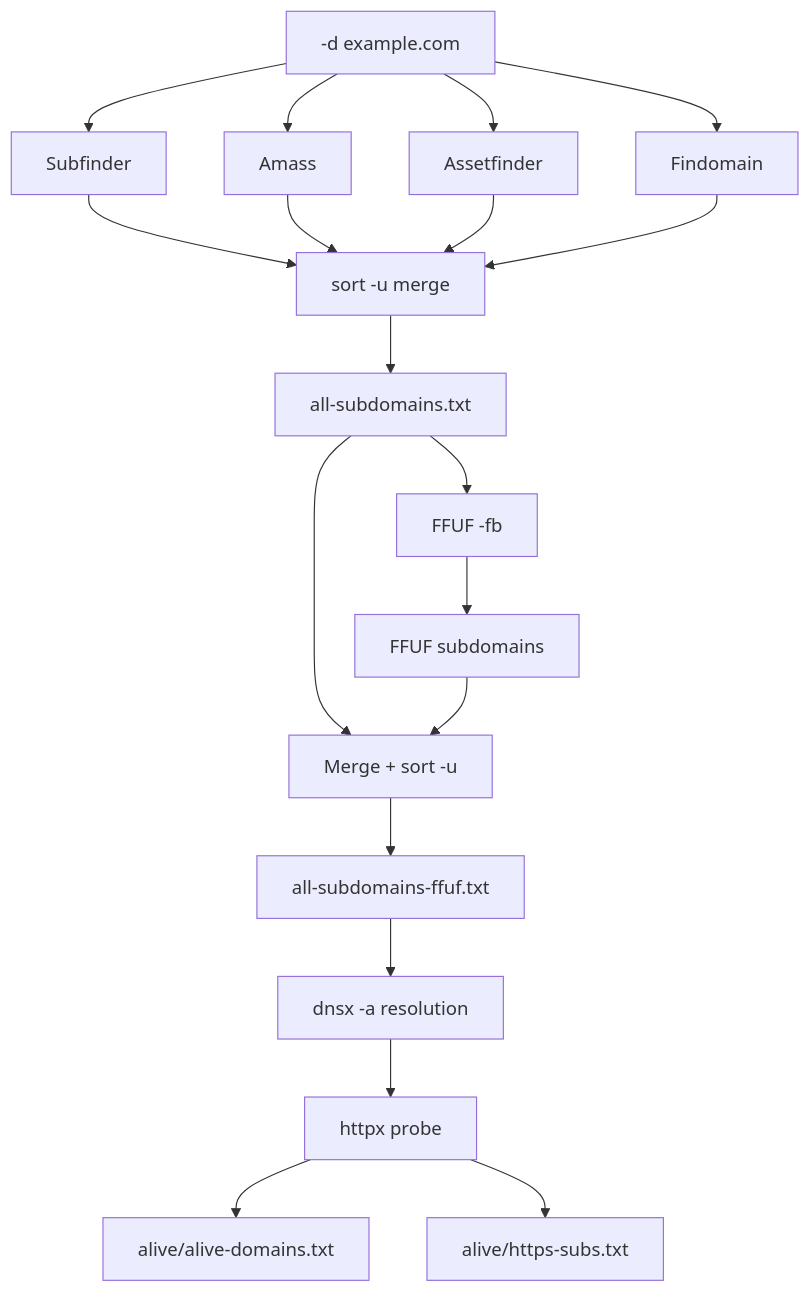
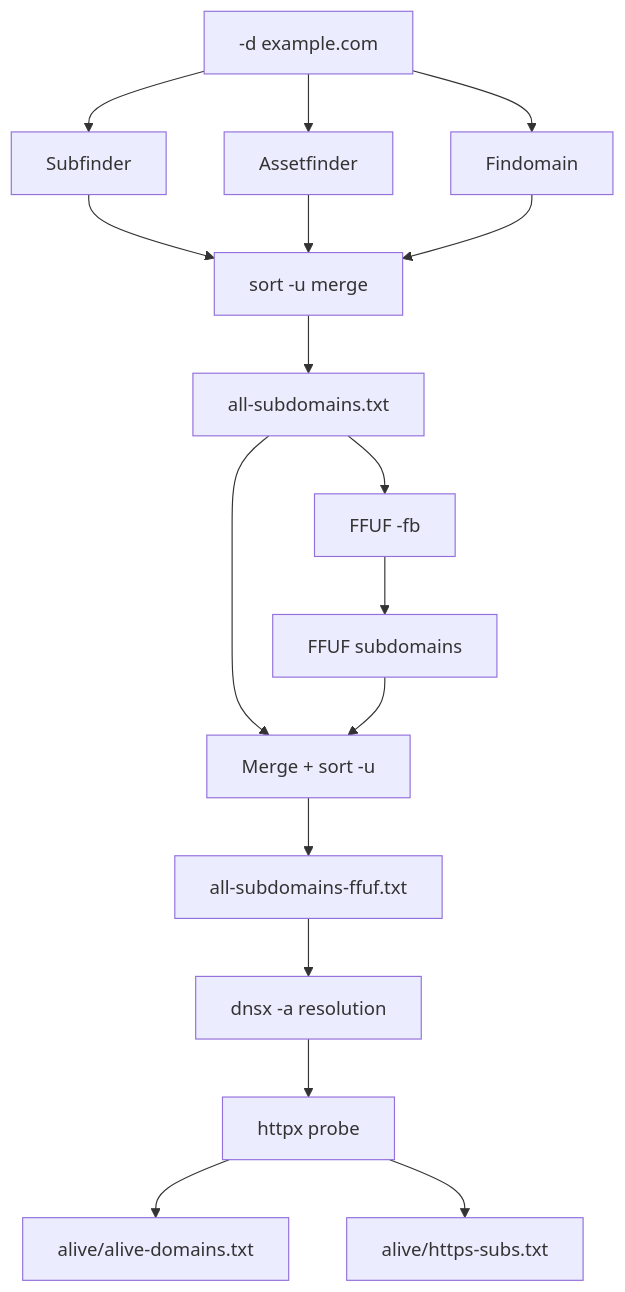
Before and after one commit to manojxshrestha/subenum: the third of 4 diagrams in README.md, drawn with Mermaid. The commit also changed other lines of this file and 3 other files, not shown here.

Commit message:
Remove amass (v5 slow/DB-based, subfinder covers it), clean up all references

````diff
--- a/README.md
+++ b/README.md
@@ -289,21 +284,19 @@
 ```mermaid
 graph TD
     A["-d example.com"] --> B["Subfinder"]
-    A --> C["Amass"]
-    A --> D["Assetfinder"]
-    A --> E["Findomain"]
-    B --> F["sort -u merge"]
-    C --> F
-    D --> F
-    E --> F
-    F --> G["all-subdomains.txt"]
-    G --> H["FFUF -fb"]
-    H --> I["FFUF subdomains"]
-    G --> J["Merge + sort -u"]
-    I --> J
-    J --> K["all-subdomains-ffuf.txt"]
-    K --> L["dnsx -a resolution"]
-    L --> M["httpx probe"]
-    M --> N["alive/alive-domains.txt"]
-    M --> O["alive/https-subs.txt"]
+    A --> C["Assetfinder"]
+    A --> D["Findomain"]
+    B --> E["sort -u merge"]
+    C --> E
+    D --> E
+    E --> F["all-subdomains.txt"]
+    F --> G["FFUF -fb"]
+    G --> H["FFUF subdomains"]
+    F --> I["Merge + sort -u"]
+    H --> I
+    I --> J["all-subdomains-ffuf.txt"]
+    J --> K["dnsx -a resolution"]
+    K --> L["httpx probe"]
+    L --> M["alive/alive-domains.txt"]
+    L --> N["alive/https-subs.txt"]
 ```
````
